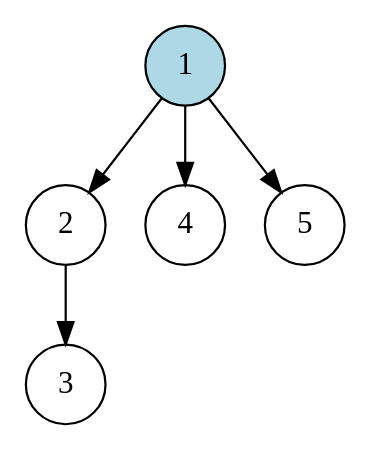
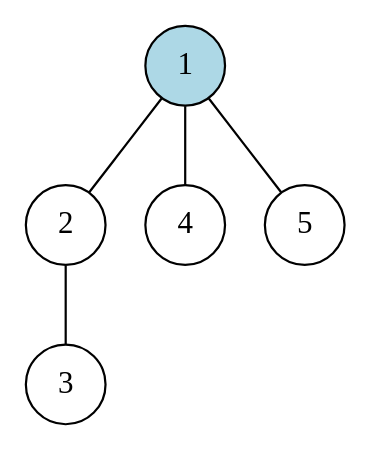
The diagram in results/dot/small.dot (goga-59/tree-reconstruction), drawn with Graphviz before and after one commit. The commit also changed 22 other files, not shown here.

```diff
--- a/results/dot/small.dot
+++ b/results/dot/small.dot
@@ -1,9 +1,8 @@
-digraph Tree {
-	graph [ordering=out];
+graph Tree {
 	node [shape=circle];
 	1 [style=filled, fillcolor=lightblue];
-	1 -> 2;
-	2 -> 3;
-	1 -> 4;
-	1 -> 5;
+	1 -- 2;
+	2 -- 3;
+	1 -- 4;
+	1 -- 5;
 }
```
